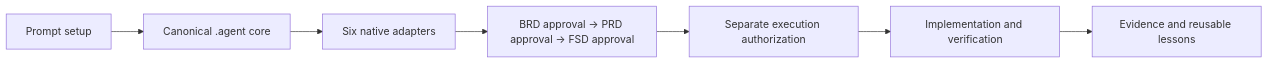
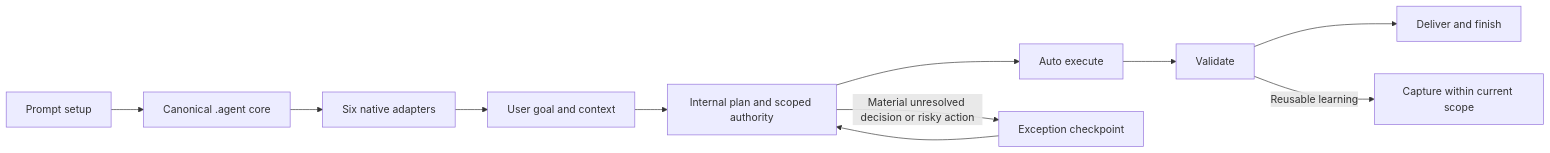
Before and after one commit to aultramen/super-compound: the second of 2 diagrams in README.md, drawn with Mermaid. The commit also changed other lines of this file and 113 other files, not shown here.

````diff
--- a/README.md
+++ b/README.md
@@ -116,9 +134,13 @@
 ```mermaid
 flowchart LR
  Setup[Prompt setup] --> Core[Canonical .agent core]
  Core --> Hosts[Six native adapters]
- Hosts --> Stages[BRD approval → PRD approval → FSD approval]
- Stages --> Execute[Separate execution authorization]
- Execute --> Verify[Implementation and verification]
- Verify --> Knowledge[Evidence and reusable lessons]
+ Hosts --> Goal[User goal and context]
+ Goal --> Plan[Internal plan and scoped authority]
+ Plan --> Execute[Auto execute]
+ Execute --> Verify[Validate]
+ Verify --> Result[Deliver and finish]
+ Plan -->|Material unresolved decision or risky action| Human[Exception checkpoint]
+ Human --> Plan
+ Verify -->|Reusable learning| Knowledge[Capture within current scope]
 ```
````
